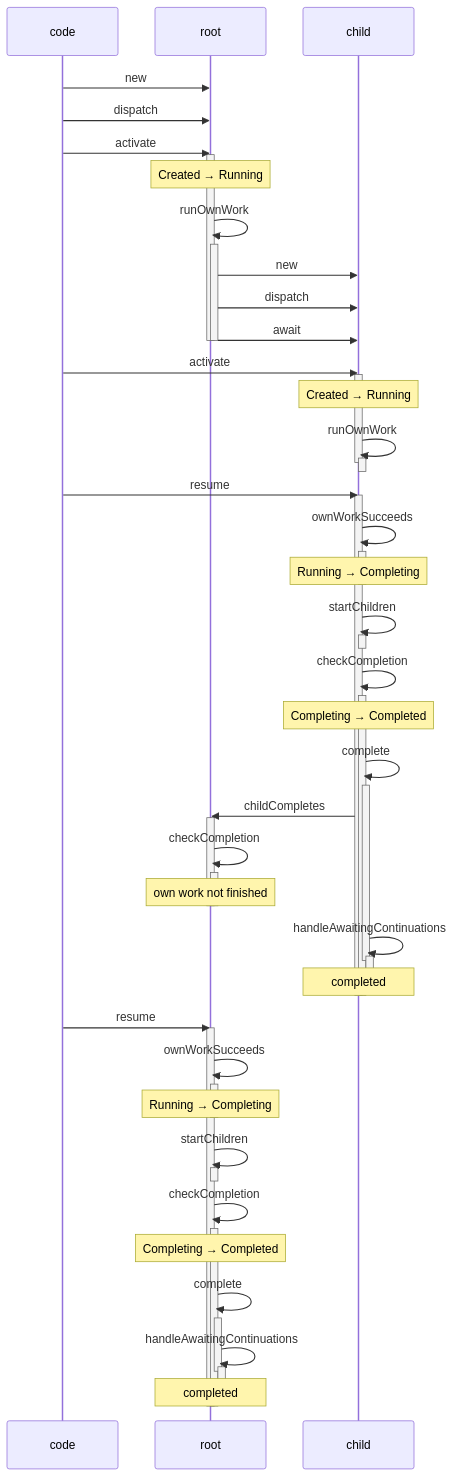
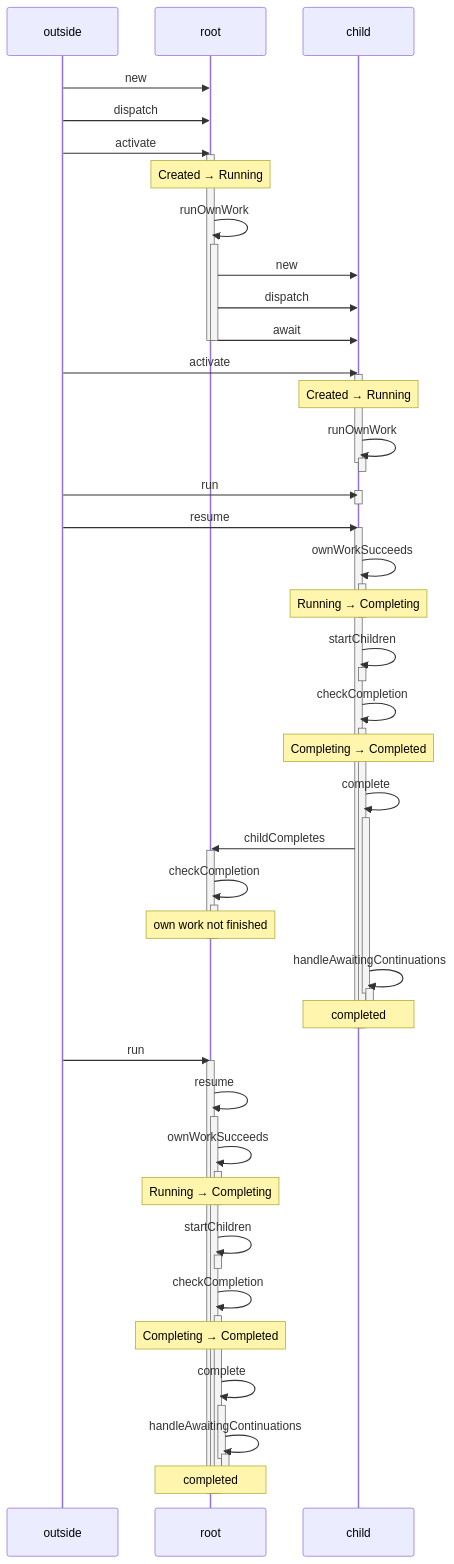
Before and after one commit to HaxeFoundation/hxcoro: the first of 4 diagrams in examples/task-trace/diagrams.md, drawn with Mermaid. The commit also changed other lines of this file and 8 other files, not shown here.

````diff
--- a/examples/task-trace/diagrams.md
+++ b/examples/task-trace/diagrams.md
@@ -11,74 +11,80 @@
 ```mermaid
 sequenceDiagram
-    participant code
+    participant outside
     participant T1 as root
     participant T2 as child
-    code->>T1: new
-    code->>T1: dispatch
-    code->>T1: activate
+    outside->>T1: new
+    outside->>T1: dispatch
+    outside->>T1: activate
     activate T1
     Note over T1: Created → Running
     T1->>T1: runOwnWork
     activate T1
     T1->>T2: new
     T1->>T2: dispatch
     T1->>T2: await
     deactivate T1
     deactivate T1
-    code->>T2: activate
+    outside->>T2: activate
     activate T2
     Note over T2: Created → Running
     T2->>T2: runOwnWork
     activate T2
     deactivate T2
     deactivate T2
-    code->>T2: resume
+    outside->>T2: run
+    activate T2
+    deactivate T2
+    outside->>T2: resume
     activate T2
     T2->>T2: ownWorkSucceeds
     activate T2
     Note over T2: Running → Completing
     deactivate T2
     T2->>T2: startChildren
     activate T2
     deactivate T2
     T2->>T2: checkCompletion
     activate T2
     Note over T2: Completing → Completed
     T2->>T2: complete
     activate T2
     T2->>T1: childCompletes
     activate T1
     T1->>T1: checkCompletion
     activate T1
     Note over T1: own work not finished
     deactivate T1
     deactivate T1
     T2->>T2: handleAwaitingContinuations
     activate T2
     deactivate T2
     deactivate T2
     Note over T2: completed
     deactivate T2
     deactivate T2
-    code->>T1: resume
+    outside->>T1: run
+    activate T1
+    T1->>T1: resume
     activate T1
     T1->>T1: ownWorkSucceeds
     activate T1
     Note over T1: Running → Completing
     deactivate T1
     T1->>T1: startChildren
     activate T1
     deactivate T1
     T1->>T1: checkCompletion
     activate T1
     Note over T1: Completing → Completed
     T1->>T1: complete
     activate T1
     T1->>T1: handleAwaitingContinuations
     activate T1
     deactivate T1
     deactivate T1
     Note over T1: completed
     deactivate T1
     deactivate T1
+    deactivate T1
 ```
````
